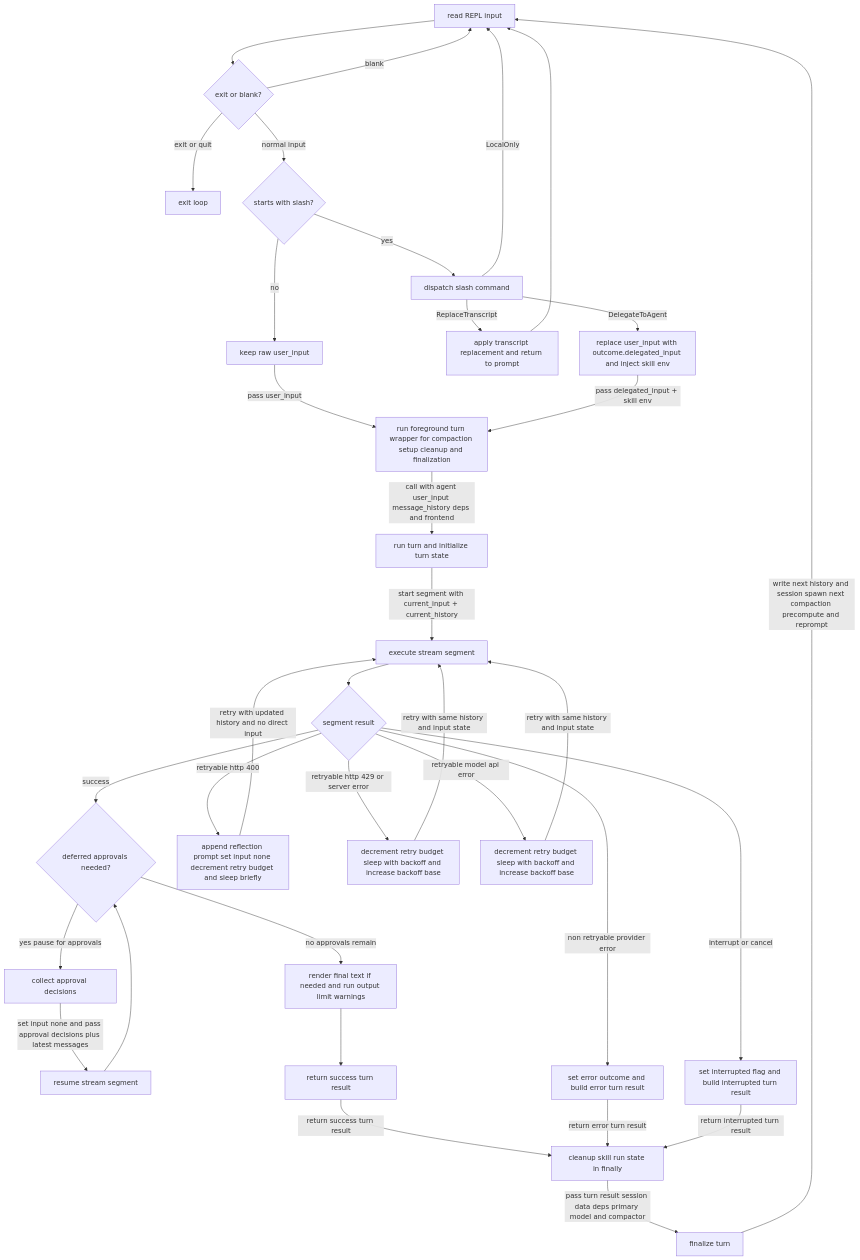
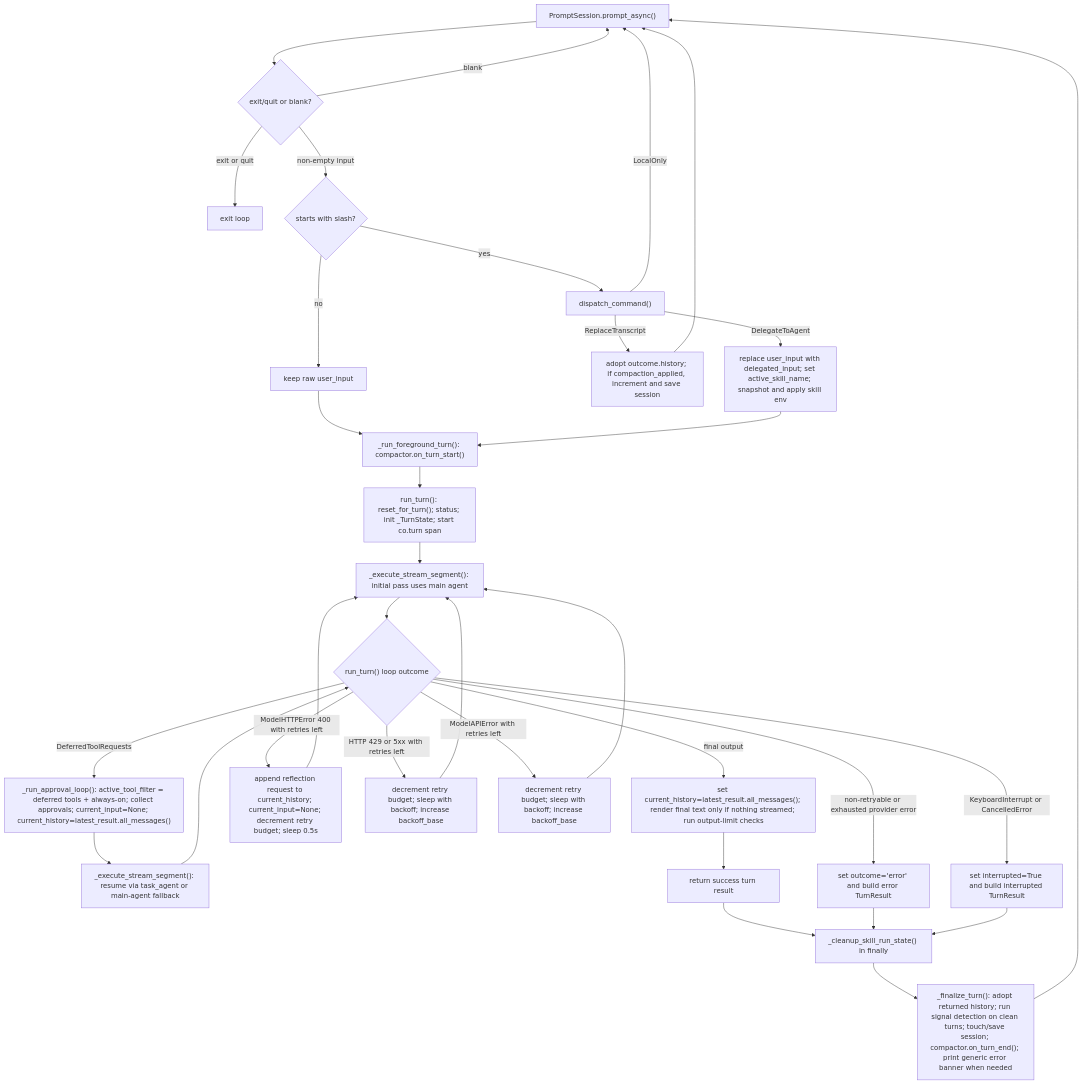
Before and after one commit to binlecode/co-cli: the first of 2 diagrams in docs/DESIGN-core-loop.md, drawn with Mermaid. The commit also changed other lines of this file and 38 other files, not shown here.

````diff
--- a/docs/DESIGN-core-loop.md
+++ b/docs/DESIGN-core-loop.md
@@ -16,43 +9,42 @@
 ```mermaid
 flowchart TD
-    A["read REPL input"] --> B{"exit or blank?"}
+    A["PromptSession.prompt_async()"] --> B{"exit/quit or blank?"}
     B -->|exit or quit| Z["exit loop"]
     B -->|blank| A
-    B -->|normal input| C{"starts with slash?"}
+    B -->|non-empty input| C{"starts with slash?"}
 
     C -->|no| D["keep raw user_input"]
-    C -->|yes| E["dispatch slash command"]
+    C -->|yes| E["dispatch_command()"]
 
-    E -->|ReplaceTranscript| F["apply transcript replacement and return to prompt"]
+    E -->|ReplaceTranscript| F["adopt outcome.history; if compaction_applied, increment and save session"]
     F --> A
 
-    E -->|DelegateToAgent| J["replace user_input with outcome.delegated_input and inject skill env"]
+    E -->|DelegateToAgent| J["replace user_input with delegated_input; set active_skill_name; snapshot and apply skill env"]
     E -->|LocalOnly| A
 
-    D -->|pass user_input| M["run foreground turn wrapper for compaction setup cleanup and finalization"]
-    J -->|pass delegated_input + skill env| M
-    M -->|call with agent user_input message_history deps and frontend| N["run turn and initialize turn state"]
-    N -->|start segment with current_input + current_history| O["execute stream segment"]
-    O --> P{"segment result"}
-    P -->|success| Q{"deferred approvals needed?"}
-    Q -->|yes pause for approvals| R["collect approval decisions"]
-    R -->|set input none and pass approval decisions plus latest messages| S["resume stream segment"]
-    S --> Q
-    Q -->|no approvals remain| T["render final text if needed and run output limit warnings"]
+    D --> M["_run_foreground_turn(): compactor.on_turn_start()"]
+    J --> M
+    M --> N["run_turn(): reset_for_turn(); status; init _TurnState; start co.turn span"]
+    N --> O["_execute_stream_segment(): initial pass uses main agent"]
+    O --> P{"run_turn() loop outcome"}
+    P -->|DeferredToolRequests| Q["_run_approval_loop(): active_tool_filter = deferred tools + always-on; collect approvals; current_input=None; current_history=latest_result.all_messages()"]
+    Q --> R["_execute_stream_segment(): resume via task_agent or main-agent fallback"]
+    R --> P
+    P -->|final output| T["set current_history=latest_result.all_messages(); render final text only if nothing streamed; run output-limit checks"]
     T --> U["return success turn result"]
 
-    P -->|retryable http 400| X["append reflection prompt set input none decrement retry budget and sleep briefly"]
-    X -->|retry with updated history and no direct input| O
-    P -->|retryable http 429 or server error| Y["decrement retry budget sleep with backoff and increase backoff base"]
-    Y -->|retry with same history and input state| O
-    P -->|retryable model api error| ZA["decrement retry budget sleep with backoff and increase backoff base"]
-    ZA -->|retry with same history and input state| O
-    P -->|non retryable provider error| ZB["set error outcome and build error turn result"]
-    P -->|interrupt or cancel| ZC["set interrupted flag and build interrupted turn result"]
+    P -->|ModelHTTPError 400 with retries left| X["append reflection request to current_history; current_input=None; decrement retry budget; sleep 0.5s"]
+    X --> O
+    P -->|HTTP 429 or 5xx with retries left| Y["decrement retry budget; sleep with backoff; increase backoff_base"]
+    Y --> O
+    P -->|ModelAPIError with retries left| ZA["decrement retry budget; sleep with backoff; increase backoff_base"]
+    ZA --> O
+    P -->|non-retryable or exhausted provider error| ZB["set outcome='error' and build error TurnResult"]
+    P -->|KeyboardInterrupt or CancelledError| ZC["set interrupted=True and build interrupted TurnResult"]
 
-    U -->|return success turn result| ZD["cleanup skill run state in finally"]
-    ZB -->|return error turn result| ZD
-    ZC -->|return interrupted turn result| ZD
-    ZD -->|pass turn result session data deps primary model and compactor| ZE["finalize turn"]
-    ZE -->|write next history and session spawn next compaction precompute and reprompt| A
+    U --> ZD["_cleanup_skill_run_state() in finally"]
+    ZB --> ZD
+    ZC --> ZD
+    ZD --> ZE["_finalize_turn(): adopt returned history; run signal detection on clean turns; touch/save session; compactor.on_turn_end(); print generic error banner when needed"]
+    ZE --> A
 ```
````
